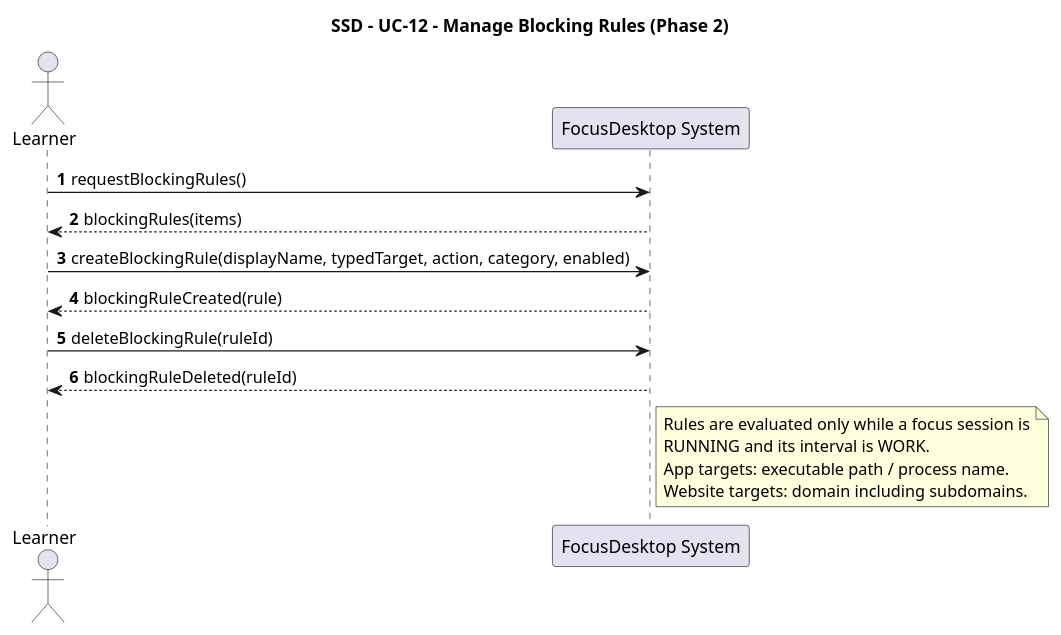
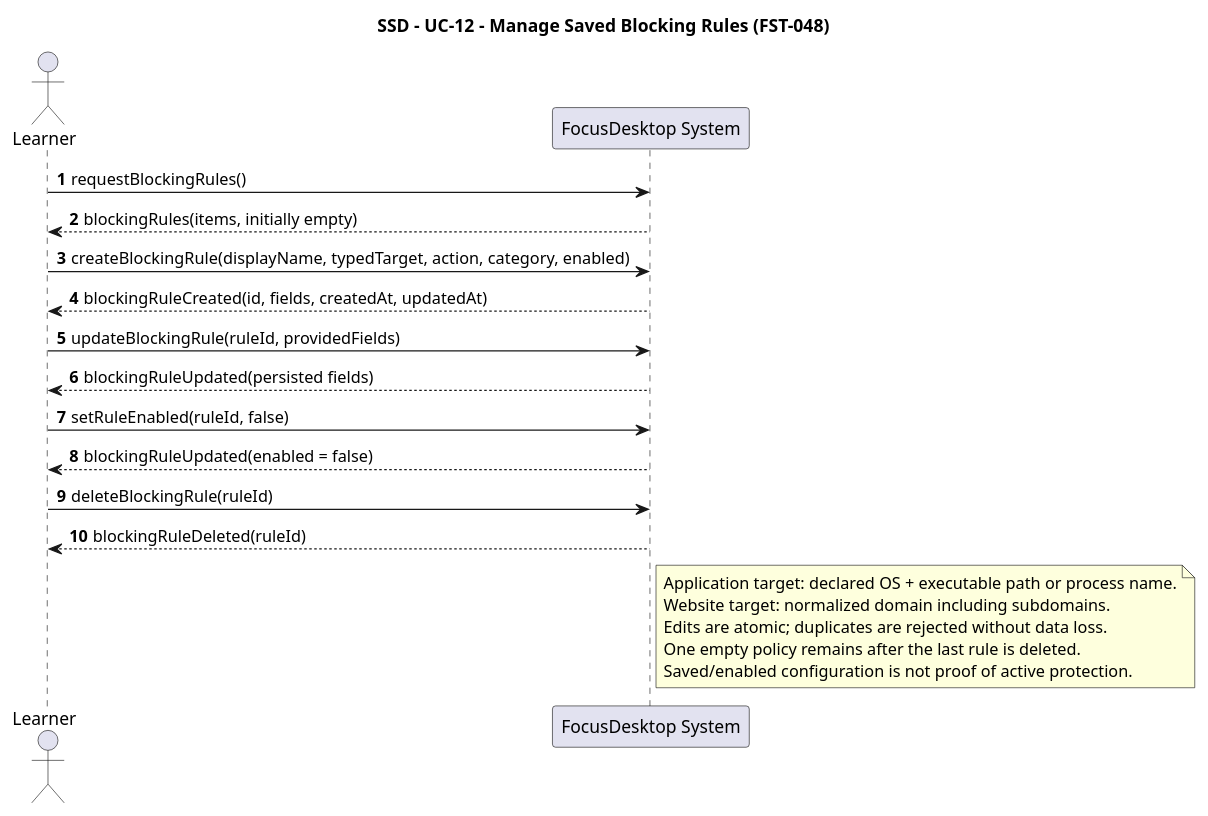
Before and after one commit to MiguelRibeiro1210/Focus-and-Study-Tracking: the diagram in docs/SSD/SSD_BlockingRules.puml, drawn with PlantUML. The commit also changed 10 other files, not shown here.

```diff
--- a/docs/SSD/SSD_BlockingRules.puml
+++ b/docs/SSD/SSD_BlockingRules.puml
@@ -1,24 +1,25 @@
 @startuml
-title SSD - UC-12 - Manage Blocking Rules (Phase 2)
-
+title SSD - UC-12 - Manage Saved Blocking Rules (FST-048)
 autonumber
 actor Learner
 participant "FocusDesktop System" as System
 
 Learner -> System : requestBlockingRules()
-System --> Learner : blockingRules(items)
-
+System --> Learner : blockingRules(items, initially empty)
 Learner -> System : createBlockingRule(displayName, typedTarget, action, category, enabled)
-System --> Learner : blockingRuleCreated(rule)
-
+System --> Learner : blockingRuleCreated(id, fields, createdAt, updatedAt)
+Learner -> System : updateBlockingRule(ruleId, providedFields)
+System --> Learner : blockingRuleUpdated(persisted fields)
+Learner -> System : setRuleEnabled(ruleId, false)
+System --> Learner : blockingRuleUpdated(enabled = false)
 Learner -> System : deleteBlockingRule(ruleId)
 System --> Learner : blockingRuleDeleted(ruleId)
 
 note right of System
-  Rules are evaluated only while a focus session is
-  RUNNING and its interval is WORK.
-  App targets: executable path / process name.
-  Website targets: domain including subdomains.
+  Application target: declared OS + executable path or process name.
+  Website target: normalized domain including subdomains.
+  Edits are atomic; duplicates are rejected without data loss.
+  One empty policy remains after the last rule is deleted.
+  Saved/enabled configuration is not proof of active protection.
 end note
-
 @enduml
```
